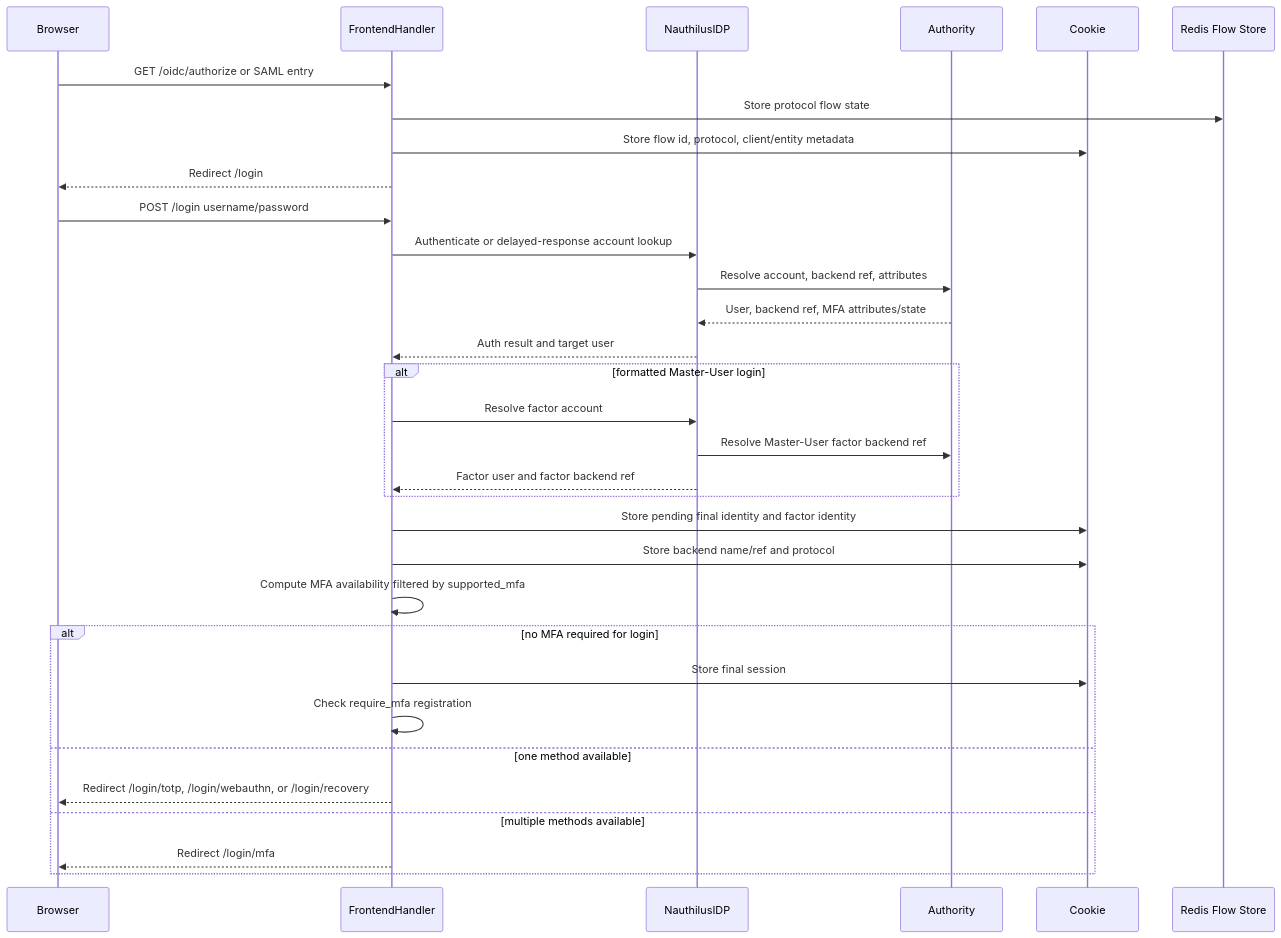
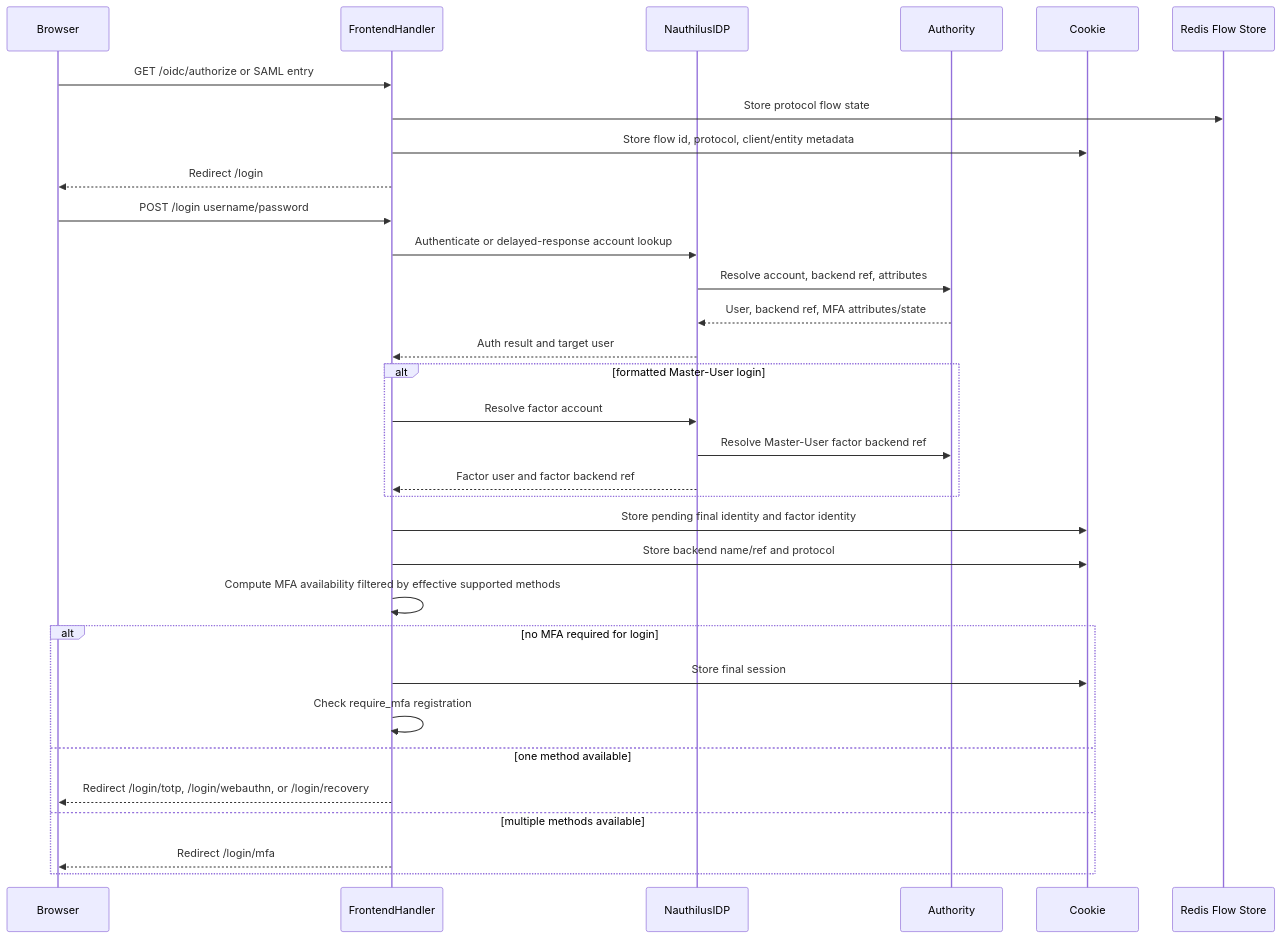
The second of 7 diagrams in server/docs/development/idp-mfa-flow.md (croessner/nauthilus), drawn with Mermaid before and after one commit. The commit also changed other lines of this file and 3 other files, not shown here.

First line of the commit message:
Fix: Preserve OIDC reentry flow state

````diff
--- a/server/docs/development/idp-mfa-flow.md
+++ b/server/docs/development/idp-mfa-flow.md
@@ -66,39 +66,39 @@
 ```mermaid
 sequenceDiagram
   participant Browser
   participant Frontend as FrontendHandler
   participant IDP as NauthilusIDP
   participant Authority
   participant Cookie
   participant FlowStore as Redis Flow Store
 
   Browser->>Frontend: GET /oidc/authorize or SAML entry
   Frontend->>FlowStore: Store protocol flow state
   Frontend->>Cookie: Store flow id, protocol, client/entity metadata
   Frontend-->>Browser: Redirect /login
 
   Browser->>Frontend: POST /login username/password
   Frontend->>IDP: Authenticate or delayed-response account lookup
   IDP->>Authority: Resolve account, backend ref, attributes
   Authority-->>IDP: User, backend ref, MFA attributes/state
   IDP-->>Frontend: Auth result and target user
 
   alt formatted Master-User login
     Frontend->>IDP: Resolve factor account
     IDP->>Authority: Resolve Master-User factor backend ref
     IDP-->>Frontend: Factor user and factor backend ref
   end
 
   Frontend->>Cookie: Store pending final identity and factor identity
   Frontend->>Cookie: Store backend name/ref and protocol
-  Frontend->>Frontend: Compute MFA availability filtered by supported_mfa
+  Frontend->>Frontend: Compute MFA availability filtered by effective supported methods
 
   alt no MFA required for login
     Frontend->>Cookie: Store final session
     Frontend->>Frontend: Check require_mfa registration
   else one method available
     Frontend-->>Browser: Redirect /login/totp, /login/webauthn, or /login/recovery
   else multiple methods available
     Frontend-->>Browser: Redirect /login/mfa
   end
 ```
````
